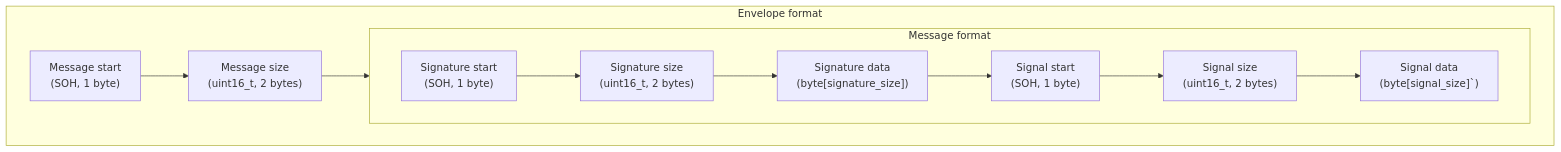
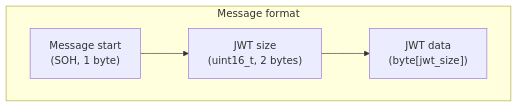
Before and after one commit to kiseki-lol/arbiter: the diagram in README.md, drawn with Mermaid. The commit also changed other lines of this file, not shown here.

Commit message:
this makes more sense

````diff
--- a/README.md
+++ b/README.md
@@ -7,23 +7,12 @@
 ```mermaid
 graph TD
 
-message_start["Message start\n(SOH, 1 byte)"]
-message_size["Message size\n(uint16_t, 2 bytes)"]
-signature_start["Signature start\n(SOH, 1 byte)"]
-signature_size["Signature size\n(uint16_t, 2 bytes)"]
-signature_data["Signature data\n (byte[signature_size])"]
-signal_start["Signal start\n(SOH, 1 byte)"]
-signal_size["Signal size\n(uint16_t, 2 bytes)"]
-signal_data["Signal data\n (byte[signal_size]`)"]
-
-subgraph envelope["Envelope format"]
-direction LR
-  message_start --> message_size --> message
-end
+jwt_start["Message start\n(SOH, 1 byte)"]
+jwt_size["JWT size\n(uint16_t, 2 bytes)"]
+jwt_data["JWT data\n (byte[jwt_size])"]
 
 subgraph message["Message format"]
 direction LR
-  signature_start --> signature_size --> signature_data --> signal_start
-  signal_start --> signal_size --> signal_data
+  jwt_start --> jwt_size --> jwt_data
 end
 ```
````
